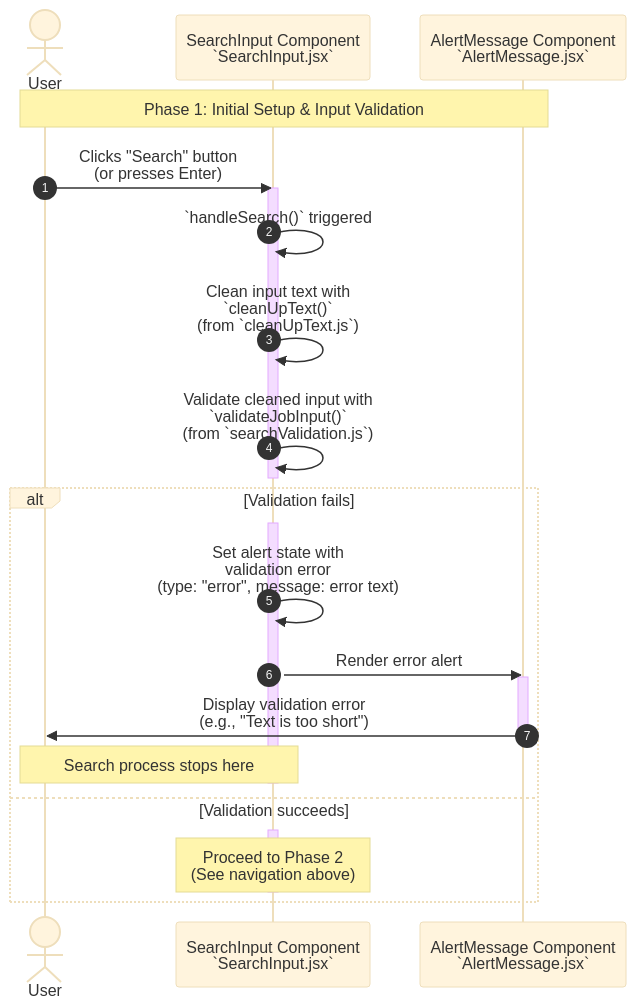
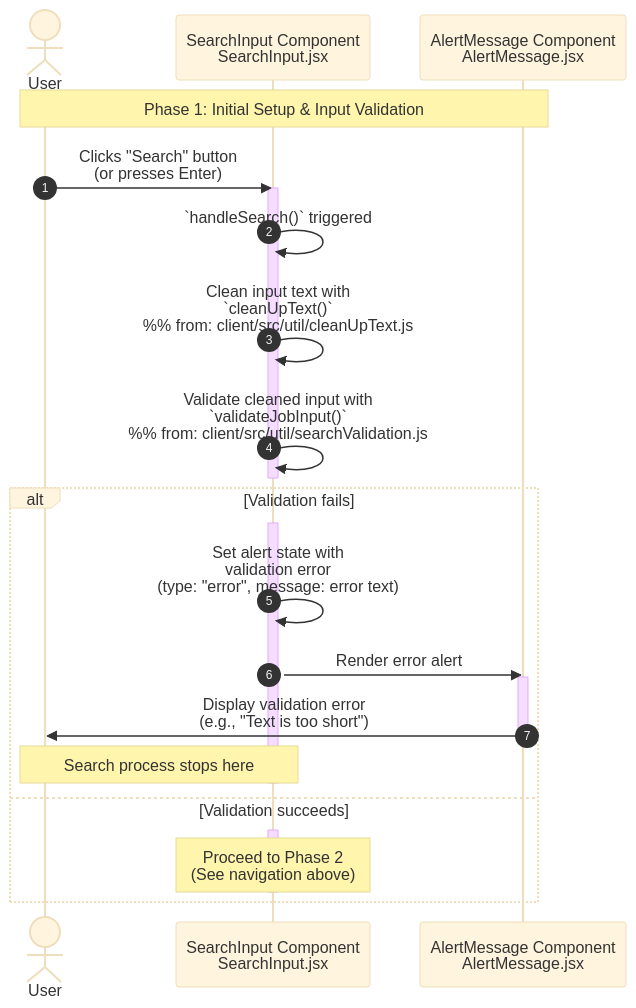
Before and after one commit to YahyaAl-Ademi/2025.10.23-JobCompass: the diagram in documentation/jobFetch/1.Initial Setup & Input Validation.md, drawn with Mermaid (base theme). The commit also changed other lines of this file and 10 other files, not shown here.

Commit message:
Refactor jobFetch documentation: update phase links, enhance mermaid diagrams with file paths, and remove obsolete Job Search Fetch phase

````diff
--- a/documentation/jobFetch/1.Initial Setup & Input Validation.md
+++ b/documentation/jobFetch/1.Initial Setup & Input Validation.md
@@ -5,30 +7,33 @@
 ```mermaid
 sequenceDiagram
     autonumber
     actor User
-    participant SearchInput as SearchInput Component<br/>`SearchInput.jsx`
-    participant AlertMessage as AlertMessage Component<br/>`AlertMessage.jsx`
+    %% File paths:
+    %% SearchInput: client/src/components/SearchInput/SearchInput.jsx
+    %% AlertMessage: client/src/components/AlertMessage/AlertMessage.jsx
+    participant SearchInput as SearchInput Component<br/>SearchInput.jsx
+    participant AlertMessage as AlertMessage Component<br/>AlertMessage.jsx
 
     Note over User,AlertMessage: Phase 1: Initial Setup & Input Validation
     User->>SearchInput: Clicks "Search" button<br/>(or presses Enter)
     activate SearchInput
     SearchInput->>SearchInput: `handleSearch()` triggered
-    SearchInput->>SearchInput: Clean input text with<br/>`cleanUpText()`<br/>(from `cleanUpText.js`)
-    SearchInput->>SearchInput: Validate cleaned input with<br/>`validateJobInput()`<br/>(from `searchValidation.js`)
+    SearchInput->>SearchInput: Clean input text with<br/>`cleanUpText()`<br/>%% from: client/src/util/cleanUpText.js
+    SearchInput->>SearchInput: Validate cleaned input with<br/>`validateJobInput()`<br/>%% from: client/src/util/searchValidation.js
     deactivate SearchInput
-    
+
     alt Validation fails
         activate SearchInput
         SearchInput->>SearchInput: Set alert state with<br/>validation error<br/>(type: "error", message: error text)
         SearchInput->>AlertMessage: Render error alert
         activate AlertMessage
         AlertMessage->>User: Display validation error<br/>(e.g., "Text is too short")
         deactivate AlertMessage
         Note over SearchInput,User: Search process stops here
         deactivate SearchInput
     else Validation succeeds
         activate SearchInput
         Note over SearchInput: Proceed to Phase 2<br/>(See navigation above)
         deactivate SearchInput
     end
 ```
````
